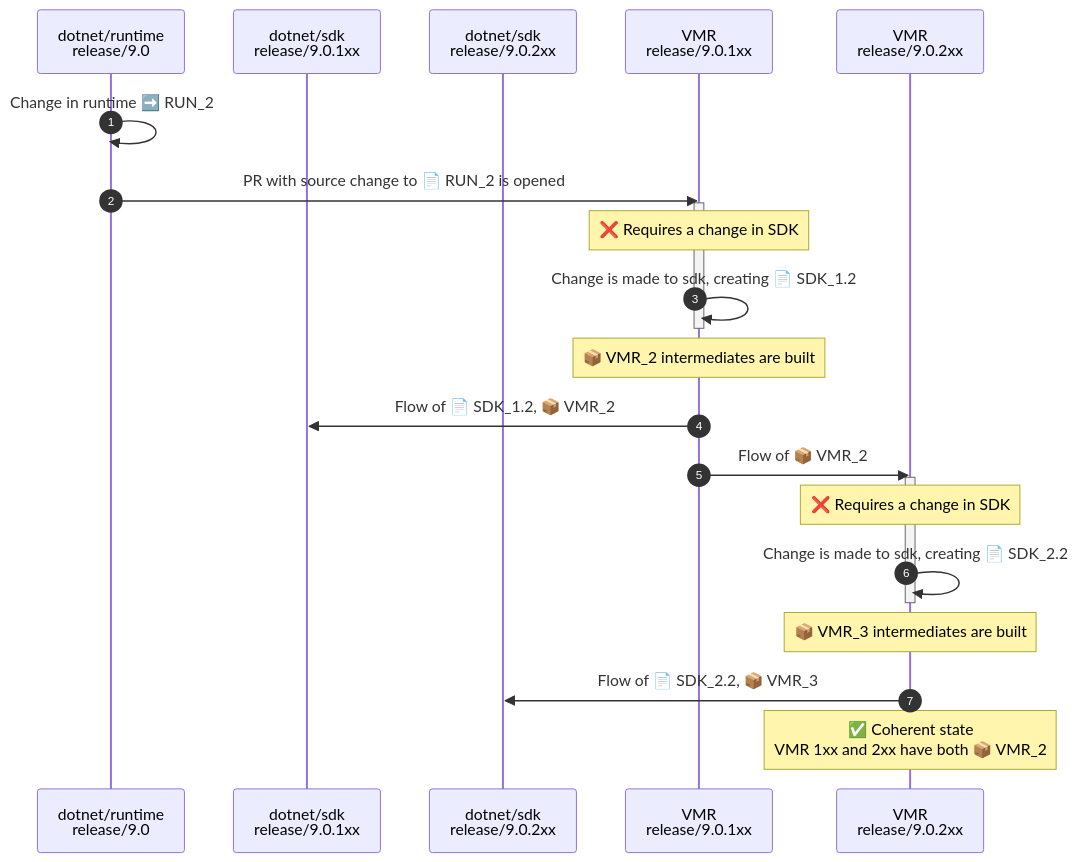
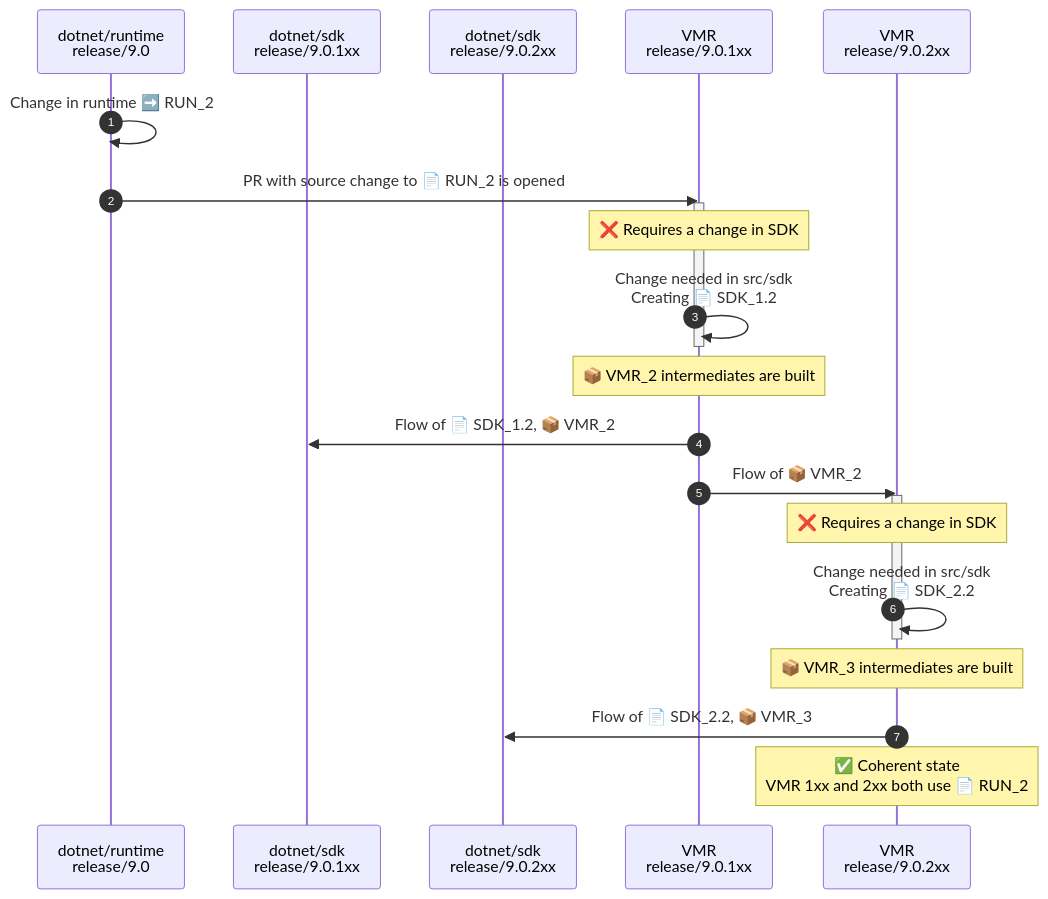
The second of 2 diagrams in Documentation/UnifiedBuild/VMR-Managing-SDK-Bands-SDK-branches.md (dotnet/arcade), drawn with Mermaid before and after one commit. The commit also changed other lines of this file and 1 other file, not shown here.

````diff
--- a/Documentation/UnifiedBuild/VMR-Managing-SDK-Bands-SDK-branches.md
+++ b/Documentation/UnifiedBuild/VMR-Managing-SDK-Bands-SDK-branches.md
@@ -73,31 +109,31 @@
 ```mermaid
 sequenceDiagram
     autonumber
 
     participant runtime as dotnet/runtime<br />release/9.0
     participant SDK_1xx as dotnet/sdk<br />release/9.0.1xx
     participant SDK_2xx as dotnet/sdk<br />release/9.0.2xx
     participant VMR_1xx as VMR<br />release/9.0.1xx
     participant VMR_2xx as VMR<br />release/9.0.2xx
 
     runtime->>runtime: Change in runtime ➡️ RUN_2
 
     runtime->>VMR_1xx: PR with source change to 📄 RUN_2 is opened
     activate VMR_1xx
     Note over VMR_1xx: ❌ Requires a change in SDK
-    VMR_1xx->>VMR_1xx: Change is made to sdk, creating 📄 SDK_1.2
+    VMR_1xx->>VMR_1xx: Change needed in src/sdk<br />Creating 📄 SDK_1.2
     deactivate VMR_1xx
     Note over VMR_1xx: 📦 VMR_2 intermediates are built
 
     VMR_1xx->>SDK_1xx: Flow of 📄 SDK_1.2, 📦 VMR_2
 
     VMR_1xx->>VMR_2xx: Flow of 📦 VMR_2
     activate VMR_2xx
     Note over VMR_2xx: ❌ Requires a change in SDK
-    VMR_2xx->>VMR_2xx: Change is made to sdk, creating 📄 SDK_2.2
+    VMR_2xx->>VMR_2xx: Change needed in src/sdk<br />Creating 📄 SDK_2.2
     deactivate VMR_2xx
     Note over VMR_2xx: 📦 VMR_3 intermediates are built
     VMR_2xx->>SDK_2xx: Flow of 📄 SDK_2.2, 📦 VMR_3
 
-    Note over VMR_2xx: ✅ Coherent state<br />VMR 1xx and 2xx have both 📦 VMR_2
+    Note over VMR_2xx: ✅ Coherent state<br />VMR 1xx and 2xx both use 📄 RUN_2
 ```
````
